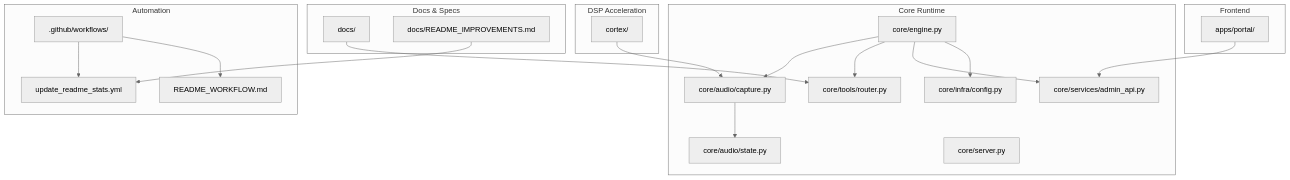
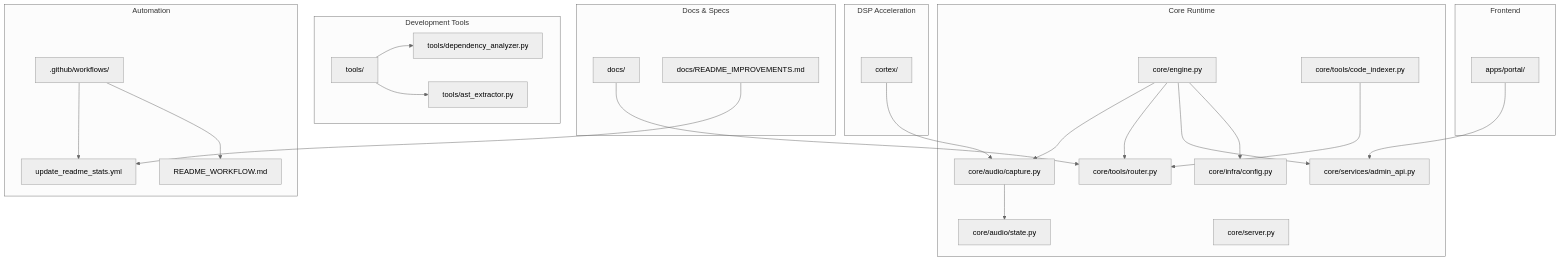
One commit to Moeabdelaziz007/Aether-Voice-OS changed the first of 15 diagrams in .qoder/repowiki/en/content/Developer Guide.md. Above: the diagram before and after it, drawn with Mermaid (neutral theme). The commit also changed other lines of this file and 29 other files, not shown here.

````diff
--- a/.qoder/repowiki/en/content/Developer Guide.md
+++ b/.qoder/repowiki/en/content/Developer Guide.md
@@ -69,38 +76,47 @@
 ```mermaid
 graph TB
 subgraph "Core Runtime"
 CORE["core/engine.py"]
 CFG["core/infra/config.py"]
 AUDIO["core/audio/capture.py"]
 STATE["core/audio/state.py"]
 ROUTER["core/tools/router.py"]
 ADMIN["core/services/admin_api.py"]
 ENDPOINT["core/server.py"]
+CODEINDEX["core/tools/code_indexer.py"]
 end
 subgraph "Frontend"
 PORTAL["apps/portal/"]
 end
 subgraph "DSP Acceleration"
 CORTEX["cortex/"]
 end
 subgraph "Docs & Specs"
 DOCS["docs/"]
 IMPROV["docs/README_IMPROVEMENTS.md"]
+end
+subgraph "Development Tools"
+TOOLS["tools/"]
+DEPANALYZER["tools/dependency_analyzer.py"]
+ASTEXTRACTOR["tools/ast_extractor.py"]
 end
 subgraph "Automation"
 WORKFLOW[".github/workflows/"]
 STATS["update_readme_stats.yml"]
 README_DOC["README_WORKFLOW.md"]
 end
 CORE --> AUDIO
 CORE --> ROUTER
 CORE --> ADMIN
 CORE --> CFG
 AUDIO --> STATE
 PORTAL --> ADMIN
 DOCS --> ROUTER
 CORTEX --> AUDIO
+TOOLS --> DEPANALYZER
+TOOLS --> ASTEXTRACTOR
+CODEINDEX --> ROUTER
 WORKFLOW --> STATS
 WORKFLOW --> README_DOC
 IMPROV --> STATS
 ```
````
